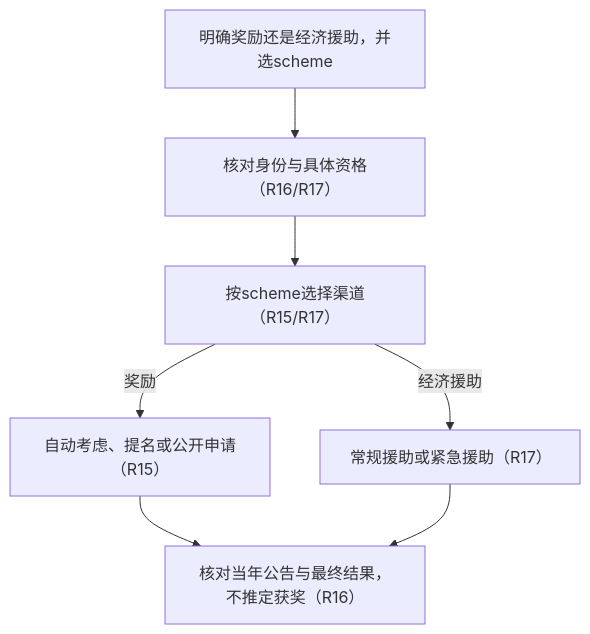
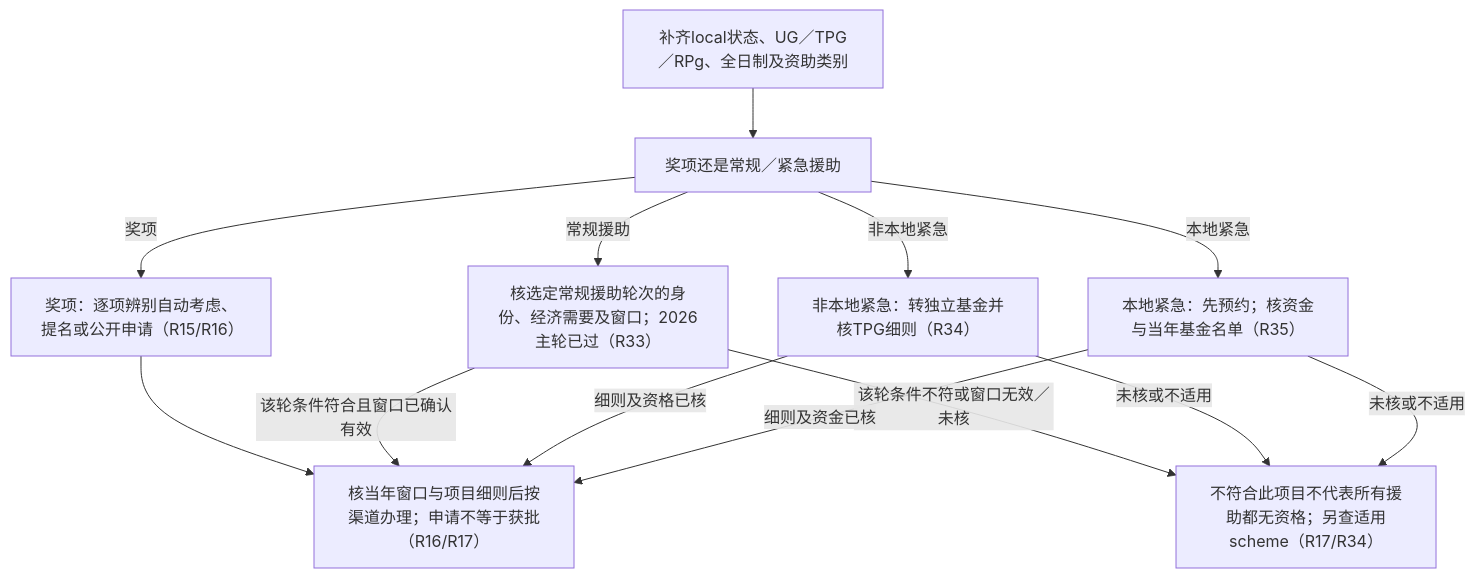
One commit to zhewangguaiguaide/5003 changed the seventh of 8 diagrams in knowledge/README.md. Above: the diagram before and after it, drawn with Mermaid. The commit also changed other lines of this file and 5 other files, not shown here.

````diff
--- a/knowledge/README.md
+++ b/knowledge/README.md
@@ -235,15 +354,23 @@
 ```mermaid
 flowchart TD
-    a["明确奖励还是经济援助，并选scheme"]
-    b["核对身份与具体资格（R16/R17）"]
-    c["按scheme选择渠道（R15/R17）"]
-    d["自动考虑、提名或公开申请（R15）"]
-    e["常规援助或紧急援助（R17）"]
-    z["核对当年公告与最终结果，不推定获奖（R16）"]
+    a["补齐local状态、UG／TPG／RPg、全日制及资助类别"]
+    b["奖项还是常规／紧急援助"]
+    c["奖项：逐项辨别自动考虑、提名或公开申请（R15/R16）"]
+    d["核选定常规援助轮次的身份、经济需要及窗口；2026主轮已过（R33）"]
+    e["非本地紧急：转独立基金并核TPG细则（R34）"]
+    f["本地紧急：先预约；核资金与当年基金名单（R35）"]
+    y["不符合此项目不代表所有援助都无资格；另查适用scheme（R17/R34）"]
+    z["核当年窗口与项目细则后按渠道办理；申请不等于获批（R16/R17）"]
     a --> b
-    b --> c
-    c -->|奖励| d
-    c -->|经济援助| e
-    d --> z
-    e --> z
+    b -->|奖项| c
+    c --> z
+    b -->|常规援助| d
+    d -->|该轮条件不符或窗口无效／未核| y
+    d -->|该轮条件符合且窗口已确认有效| z
+    b -->|非本地紧急| e
+    b -->|本地紧急| f
+    e -->|细则及资格已核| z
+    e -->|未核或不适用| y
+    f -->|细则及资金已核| z
+    f -->|未核或不适用| y
 ```
````
